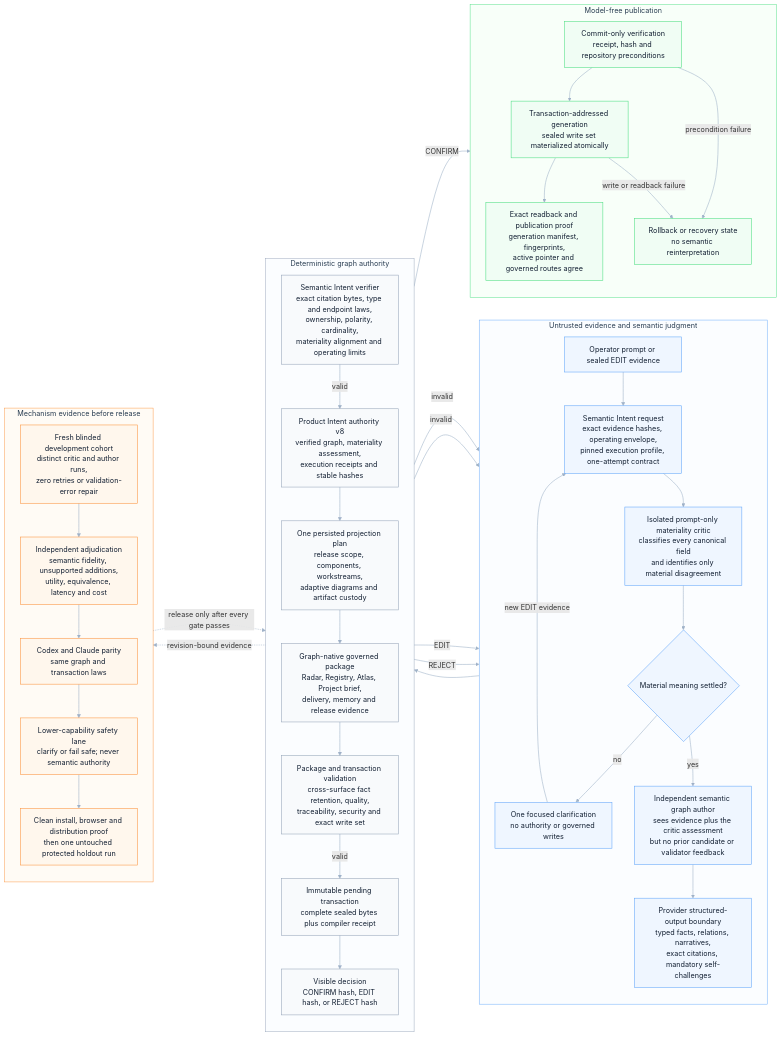
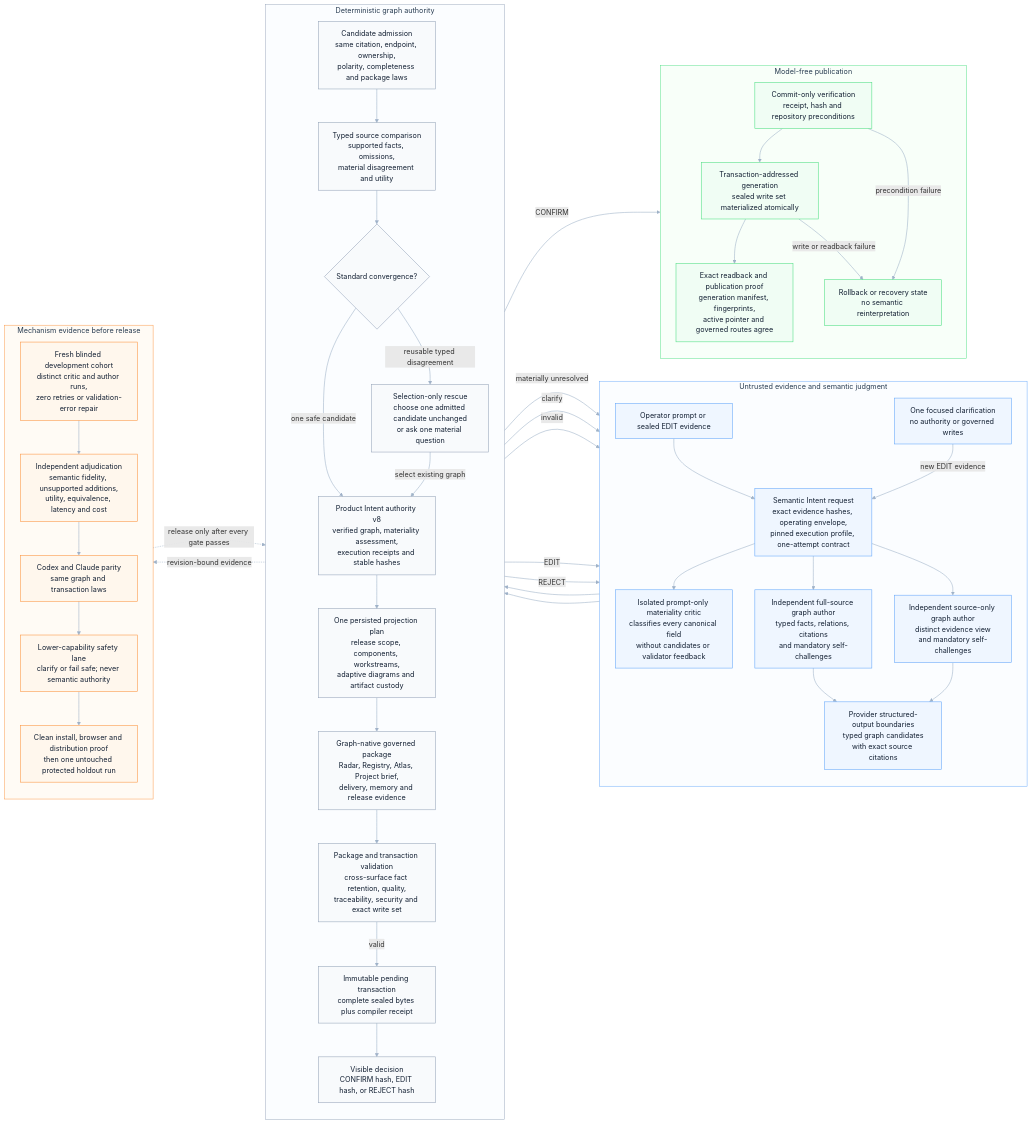
One commit to odylith/odylith changed the diagram in odylith/atlas/source/domain-intelligence-greenfield-governance.mmd. Above: the diagram before and after it, drawn with Mermaid. The commit also changed 111 other files, not shown here.

Commit message:
Replace Greenfield rescue reauthoring with typed selection

```diff
--- a/odylith/atlas/source/domain-intelligence-greenfield-governance.mmd
+++ b/odylith/atlas/source/domain-intelligence-greenfield-governance.mmd
@@ -1,73 +1,85 @@
 flowchart LR
     subgraph evidence_lane["Untrusted evidence and semantic judgment"]
       direction TB
       prompt["Operator prompt or sealed EDIT evidence"]
       request["Semantic Intent request<br/>exact evidence hashes, operating envelope,<br/>pinned execution profile, one-attempt contract"]
-      critic["Isolated prompt-only materiality critic<br/>classifies every canonical field<br/>and identifies only material disagreement"]
-      materiality{"Material meaning settled?"}
+      critic["Isolated prompt-only materiality critic<br/>classifies every canonical field<br/>without candidates or validator feedback"]
+      full_author["Independent full-source graph author<br/>typed facts, relations, citations<br/>and mandatory self-challenges"]
+      source_author["Independent source-only graph author<br/>distinct evidence view<br/>and mandatory self-challenges"]
+      provider_schema["Provider structured-output boundaries<br/>typed graph candidates<br/>with exact source citations"]
       question["One focused clarification<br/>no authority or governed writes"]
-      author["Independent semantic graph author<br/>sees evidence plus the critic assessment<br/>but no prior candidate or validator feedback"]
-      provider_schema["Provider structured-output boundary<br/>typed facts, relations, narratives,<br/>exact citations, mandatory self-challenges"]
     end
 
     subgraph deterministic_lane["Deterministic graph authority"]
       direction TB
-      graph_verifier["Semantic Intent verifier<br/>exact citation bytes, type and endpoint laws,<br/>ownership, polarity, cardinality,<br/>materiality alignment and operating limits"]
+      graph_verifier["Candidate admission<br/>same citation, endpoint, ownership,<br/>polarity, completeness and package laws"]
+      comparison["Typed source comparison<br/>supported facts, omissions,<br/>material disagreement and utility"]
+      standard_choice{"Standard convergence?"}
+      selector["Selection-only rescue<br/>choose one admitted candidate unchanged<br/>or ask one material question"]
       graph_authority["Product Intent authority v8<br/>verified graph, materiality assessment,<br/>execution receipts and stable hashes"]
       projection_plan["One persisted projection plan<br/>release scope, components, workstreams,<br/>adaptive diagrams and artifact custody"]
       governed_package["Graph-native governed package<br/>Radar, Registry, Atlas, Project brief,<br/>delivery, memory and release evidence"]
       package_gate["Package and transaction validation<br/>cross-surface fact retention, quality,<br/>traceability, security and exact write set"]
       pending["Immutable pending transaction<br/>complete sealed bytes plus compiler receipt"]
       choice["Visible decision<br/>CONFIRM hash, EDIT hash, or REJECT hash"]
     end
 
     subgraph publication_lane["Model-free publication"]
       direction TB
       confirm["Commit-only verification<br/>receipt, hash and repository preconditions"]
       generation["Transaction-addressed generation<br/>sealed write set materialized atomically"]
       readback["Exact readback and publication proof<br/>generation manifest, fingerprints,<br/>active pointer and governed routes agree"]
       rollback["Rollback or recovery state<br/>no semantic reinterpretation"]
     end
 
     subgraph evidence_proof["Mechanism evidence before release"]
       direction TB
       dev_cohort["Fresh blinded development cohort<br/>distinct critic and author runs,<br/>zero retries or validation-error repair"]
       adjudication["Independent adjudication<br/>semantic fidelity, unsupported additions,<br/>utility, equivalence, latency and cost"]
       host_parity["Codex and Claude parity<br/>same graph and transaction laws"]
       lower_safety["Lower-capability safety lane<br/>clarify or fail safe; never semantic authority"]
       release_gates["Clean install, browser and distribution proof<br/>then one untouched protected holdout run"]
     end
 
-    prompt --> request --> critic --> materiality
-    materiality -- "no" --> question
+    prompt --> request
+    request --> critic
+    request --> full_author
+    request --> source_author
     question -- "new EDIT evidence" --> request
-    materiality -- "yes" --> author --> provider_schema --> graph_verifier
-    graph_verifier -- "invalid" --> question
-    graph_verifier -- "valid" --> graph_authority --> projection_plan --> governed_package
+    full_author --> provider_schema
+    source_author --> provider_schema
+    provider_schema --> graph_verifier --> comparison
+    critic --> comparison --> standard_choice
+    standard_choice -- "materially unresolved" --> question
+    standard_choice -- "one safe candidate" --> graph_authority
+    standard_choice -- "reusable typed disagreement" --> selector
+    selector -- "clarify" --> question
+    selector -- "select existing graph" --> graph_authority
+    graph_authority --> projection_plan --> governed_package
     governed_package --> package_gate
     package_gate -- "invalid" --> question
     package_gate -- "valid" --> pending --> choice
     choice -- "EDIT" --> request
     choice -- "REJECT" --> question
     choice -- "CONFIRM" --> confirm --> generation --> readback
     confirm -- "precondition failure" --> rollback
     generation -- "write or readback failure" --> rollback
 
     graph_authority -. "revision-bound evidence" .-> dev_cohort
     dev_cohort --> adjudication --> host_parity --> lower_safety --> release_gates
     release_gates -. "release only after every gate passes" .-> choice
 
     classDef evidence fill:#EFF6FF,stroke:#60A5FA,color:#132033,stroke-width:1.2px;
     classDef deterministic fill:#F8FAFC,stroke:#94A3B8,color:#132033,stroke-width:1.2px;
     classDef publication fill:#F0FDF4,stroke:#4ADE80,color:#132033,stroke-width:1.2px;
     classDef proof fill:#FFF7ED,stroke:#FB923C,color:#132033,stroke-width:1.2px;
-    class prompt,request,critic,materiality,question,author,provider_schema evidence;
-    class graph_verifier,graph_authority,projection_plan,governed_package,package_gate,pending,choice deterministic;
+    class prompt,request,critic,full_author,source_author,provider_schema,question evidence;
+    class graph_verifier,comparison,standard_choice,selector,graph_authority,projection_plan,governed_package,package_gate,pending,choice deterministic;
     class confirm,generation,readback,rollback publication;
     class dev_cohort,adjudication,host_parity,lower_safety,release_gates proof;
 
     style evidence_lane fill:#FBFDFF,stroke:#60A5FA,stroke-width:1px,color:#293D52
     style deterministic_lane fill:#FBFDFF,stroke:#94A3B8,stroke-width:1px,color:#293D52
     style publication_lane fill:#F8FFF9,stroke:#4ADE80,stroke-width:1px,color:#293D52
     style evidence_proof fill:#FFFBF5,stroke:#FB923C,stroke-width:1px,color:#293D52
     linkStyle default stroke:#9FB2C8,stroke-width:1.25px
```
